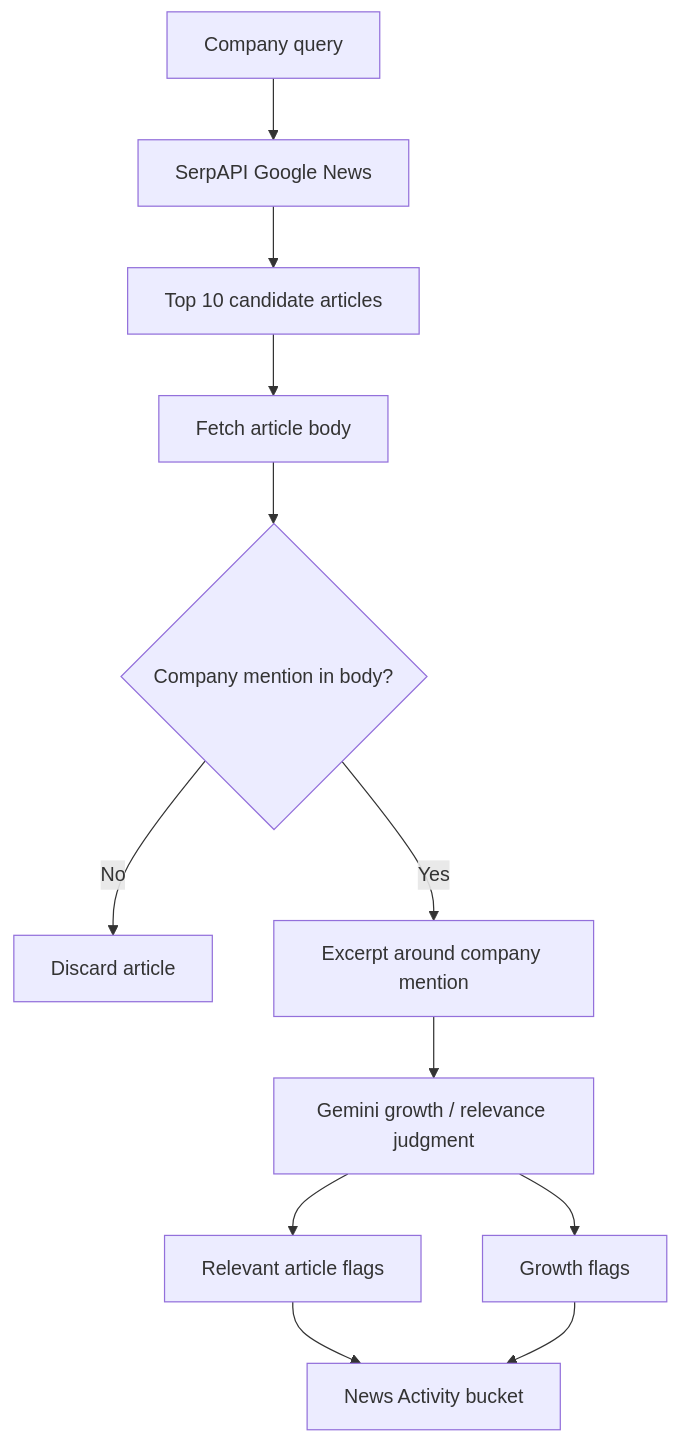
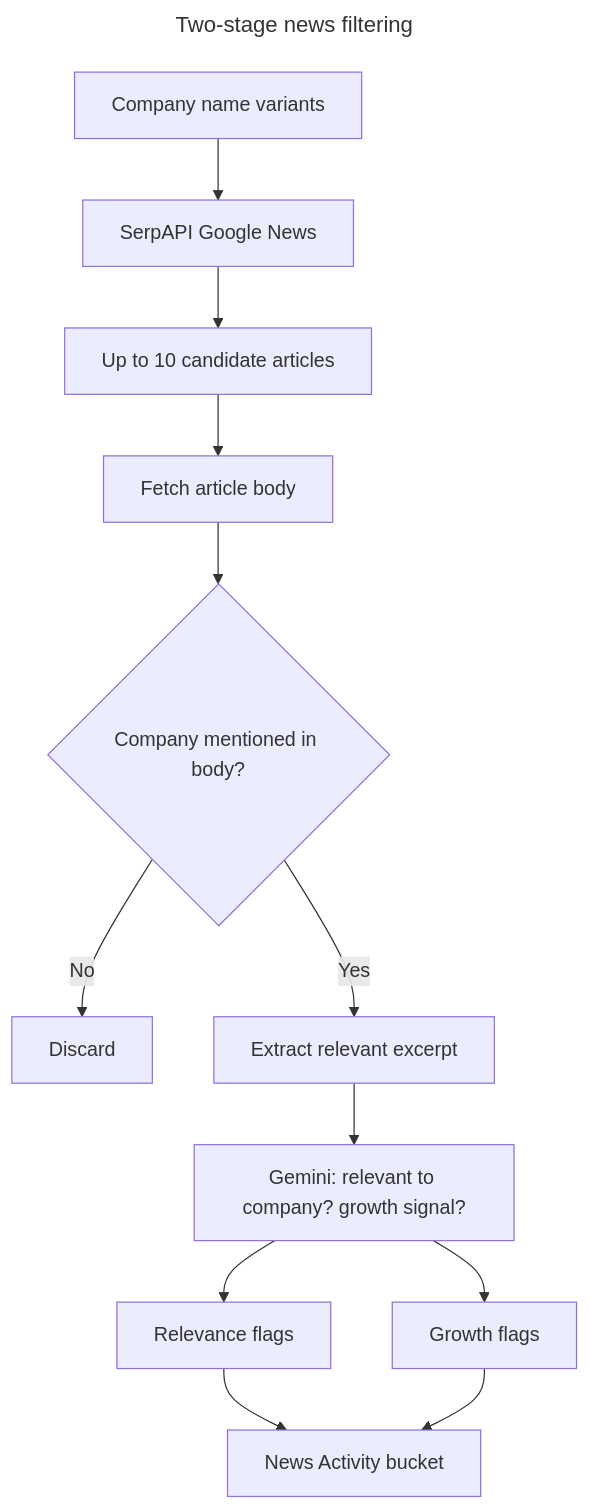
Before and after one commit to Kohralle/Property-Management-Lead-Enricher: the third of 6 diagrams in README.md, drawn with Mermaid. The commit also changed other lines of this file and 1 other file, not shown here.

First line of the commit message:
Improve diagram labels and tailor email pitch by company profile

````diff
--- a/README.md
+++ b/README.md
@@ -63,14 +68,17 @@
 ```mermaid
+---
+title: Two-stage news filtering
+---
 flowchart TD
-    A[Company query] --> B[SerpAPI Google News]
-    B --> C[Top 10 candidate articles]
+    A[Company name variants] --> B[SerpAPI Google News]
+    B --> C[Up to 10 candidate articles]
     C --> D[Fetch article body]
-    D --> E{Company mention in body?}
-    E -- No --> F[Discard article]
-    E -- Yes --> G[Excerpt around company mention]
-    G --> H[Gemini growth / relevance judgment]
-    H --> I[Relevant article flags]
+    D --> E{Company mentioned in body?}
+    E -- No --> F[Discard]
+    E -- Yes --> G[Extract relevant excerpt]
+    G --> H[Gemini: relevant to company? growth signal?]
+    H --> I[Relevance flags]
     H --> J[Growth flags]
     I --> K[News Activity bucket]
     J --> K
 ```
````
